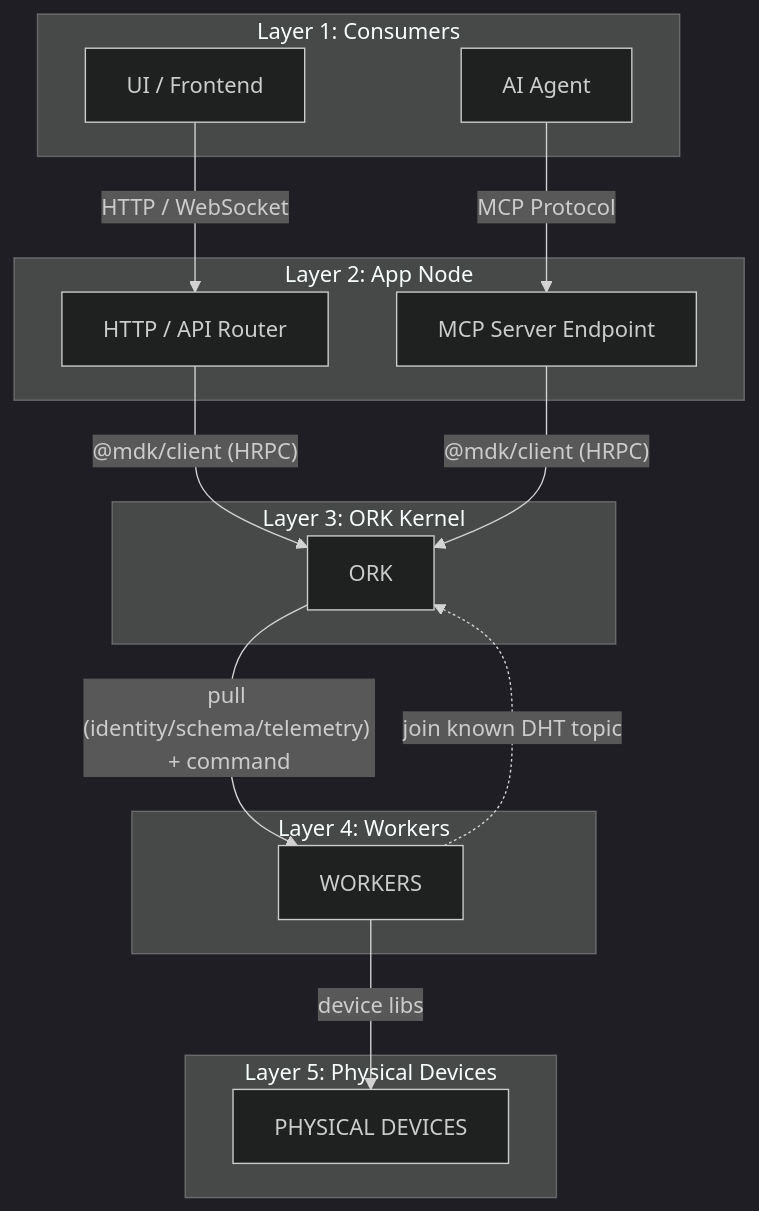
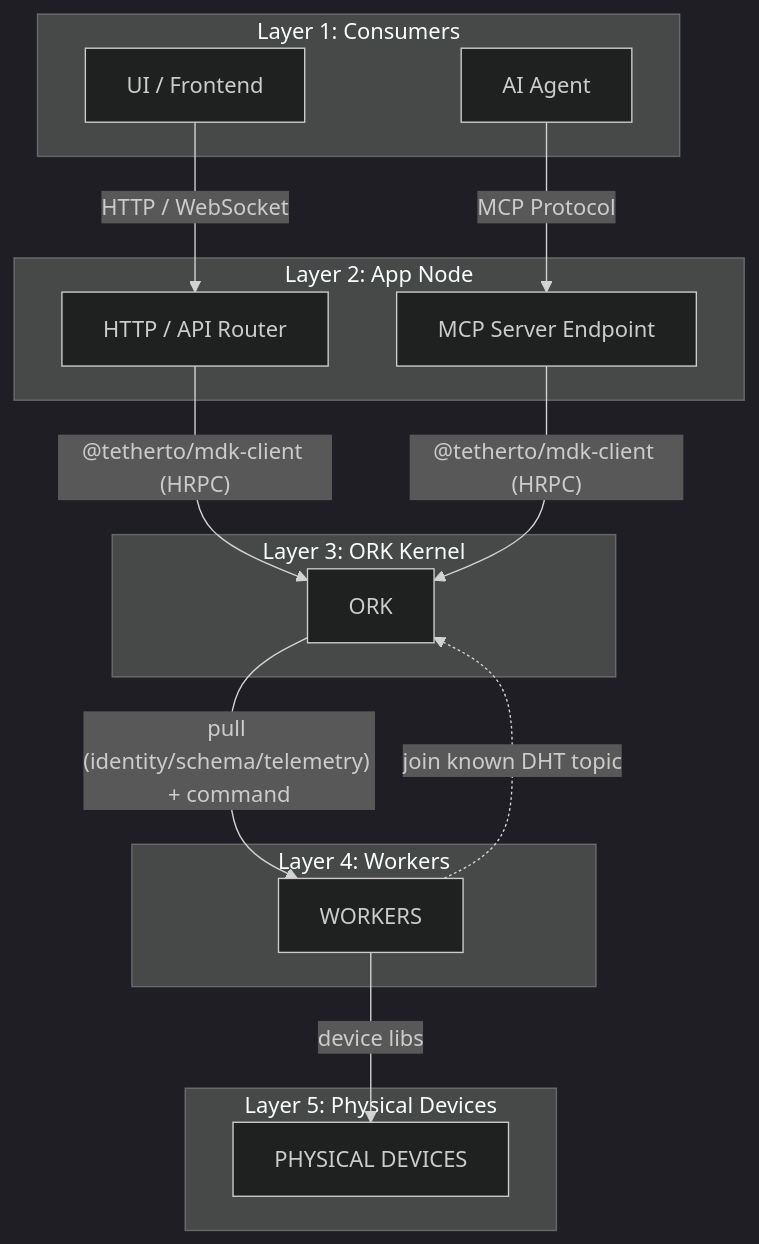
One commit to Gio-Galt/mdk-be changed the first of 13 diagrams in docs/hld.md. Above: the diagram before and after it, drawn with Mermaid (dark theme). The commit also changed other lines of this file and 1 other file, not shown here.

Commit message:
Update @mdk/ ti @tetherto/mdk-

````diff
--- a/docs/hld.md
+++ b/docs/hld.md
@@ -24,32 +24,32 @@
 ```mermaid
 graph TB
     subgraph L1["Layer 1: Consumers"]
         UI["UI / Frontend"]
         AI["AI Agent"]
     end
 
     subgraph L2["Layer 2: App Node"]
         WebApp["HTTP / API Router"]
         MCPServer["MCP Server Endpoint"]
     end
 
     subgraph L3["Layer 3: ORK Kernel"]
         ORK["ORK"]
     end
 
     subgraph L4["Layer 4: Workers"]
         Workers["WORKERS"]
     end
 
     subgraph L5["Layer 5: Physical Devices"]
         Devices["PHYSICAL DEVICES"]
     end
 
     UI -->|"HTTP / WebSocket"| WebApp
     AI -->|"MCP Protocol"| MCPServer
-    WebApp -->|"@mdk/client (HRPC)"| ORK
-    MCPServer -->|"@mdk/client (HRPC)"| ORK
+    WebApp -->|"@tetherto/mdk-client (HRPC)"| ORK
+    MCPServer -->|"@tetherto/mdk-client (HRPC)"| ORK
     Workers -.->|"join known DHT topic"| ORK
     ORK -->|"pull (identity/schema/telemetry) + command"| Workers
     Workers -->|"device libs"| Devices
 ```
````
